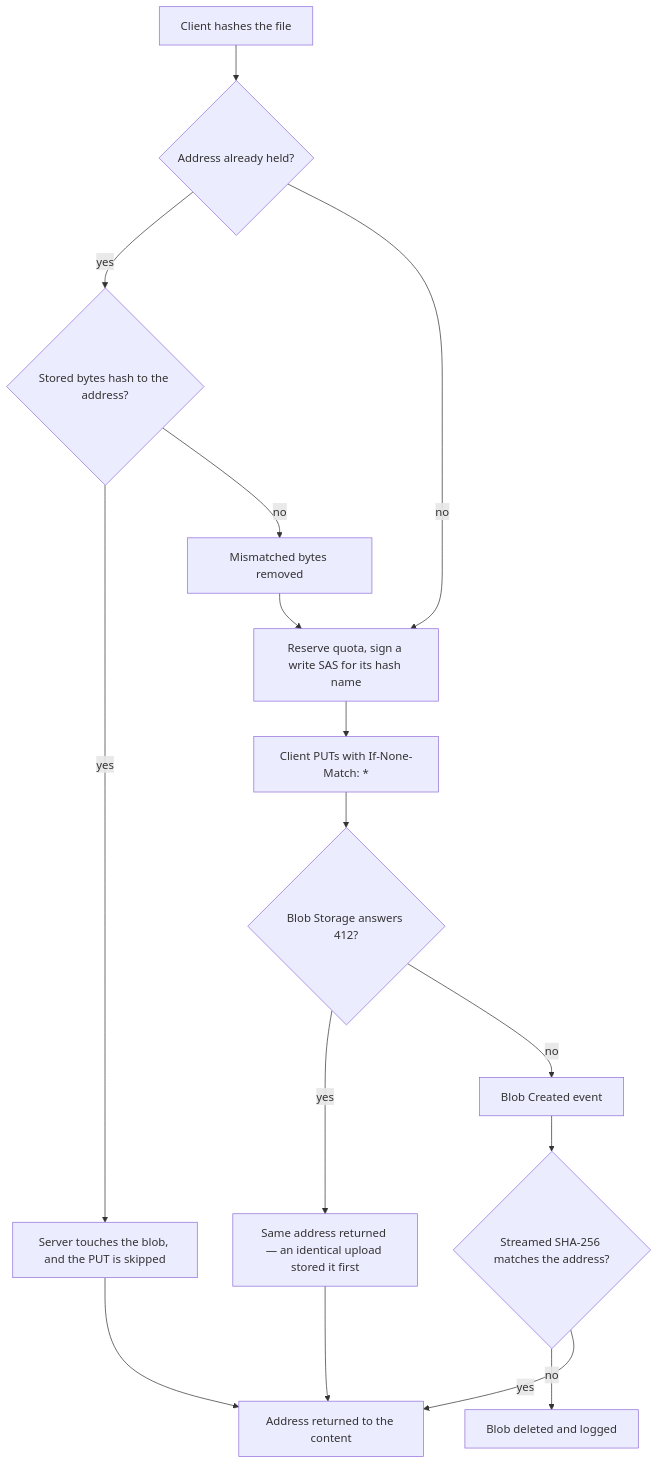
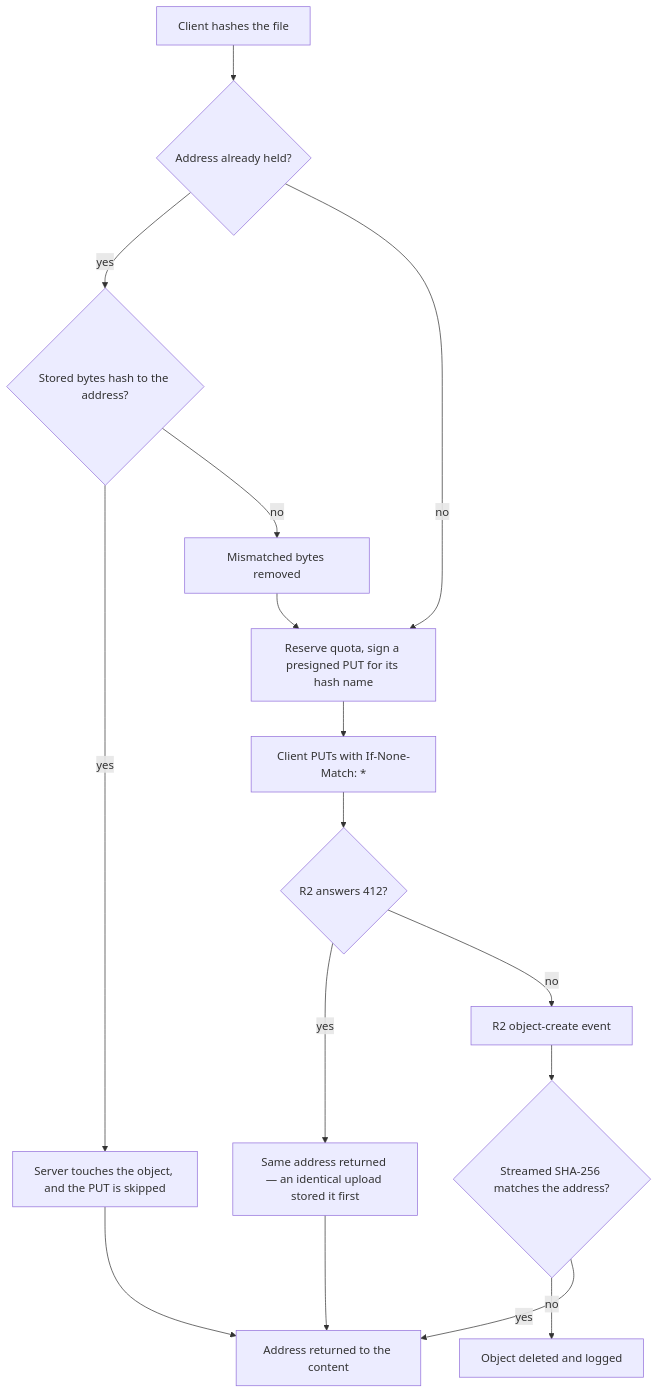
One commit to Esposter/Esposter changed the first of 3 diagrams in openspec/specs/resource/content-addressed-assets/design.md. Above: the diagram before and after it, drawn with Mermaid. The commit also changed other lines of this file and 5 other files, not shown here.

````diff
--- a/openspec/specs/resource/content-addressed-assets/design.md
+++ b/openspec/specs/resource/content-addressed-assets/design.md
@@ -11,18 +11,18 @@
 ```mermaid
 flowchart TD
   upload["Client hashes the file"] --> held{"Address already held?"}
   held -->|yes| verified{"Stored bytes hash to the address?"}
-  held -->|no| reserve["Reserve quota, sign a write SAS for its hash name"]
-  verified -->|yes| touch["Server touches the blob, and the PUT is skipped"]
+  held -->|no| reserve["Reserve quota, sign a presigned PUT for its hash name"]
+  verified -->|yes| touch["Server touches the object, and the PUT is skipped"]
   verified -->|no| mismatch["Mismatched bytes removed"]
   mismatch --> reserve
   reserve --> put["Client PUTs with If-None-Match: *"]
-  put --> raced{"Blob Storage answers 412?"}
+  put --> raced{"R2 answers 412?"}
   raced -->|yes| address["Same address returned — an identical upload stored it first"]
-  raced -->|no| created["Blob Created event"]
+  raced -->|no| created["R2 object-create event"]
   created --> hashed{"Streamed SHA-256 matches the address?"}
-  hashed -->|no| remove["Blob deleted and logged"]
+  hashed -->|no| remove["Object deleted and logged"]
   hashed -->|yes| kept["Address returned to the content"]
   touch --> kept
   address --> kept
 ```
````
